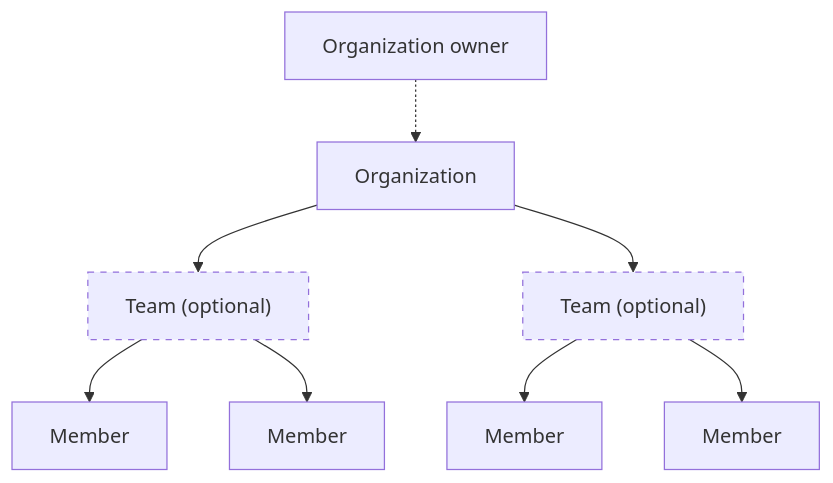
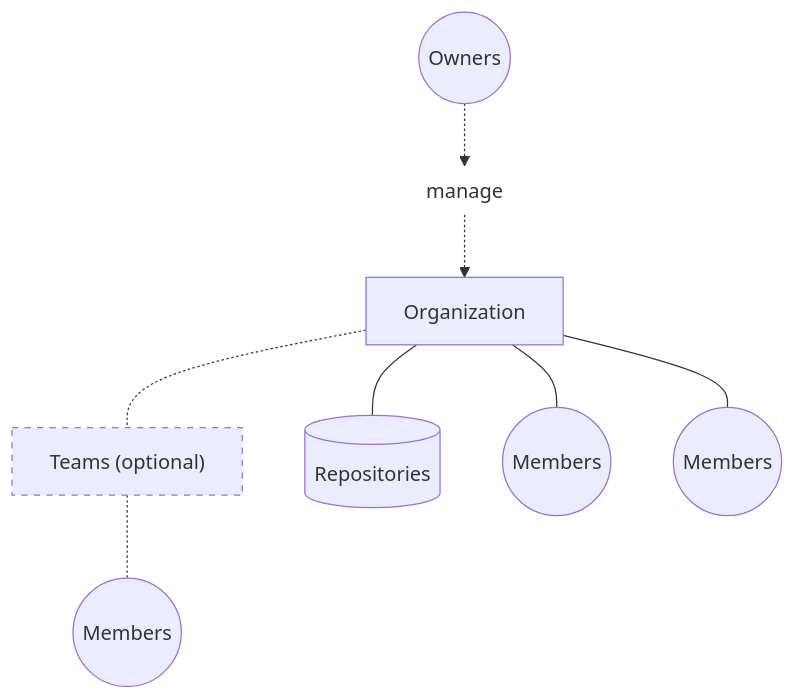
The diagram in content/manuals/accounts/organization/_index.md (docker/docs), drawn with Mermaid before and after one commit. The commit also changed other lines of this file and 1 other file, not shown here.

First line of the commit message:
docs: show owners managing orgs and companies

````diff
--- a/content/manuals/accounts/organization/_index.md
+++ b/content/manuals/accounts/organization/_index.md
@@ -52,12 +57,12 @@
 ```mermaid
 flowchart TB
-  oo[Organization owner] -.-> org[Organization]
-  org --> t1["Team (optional)"]
-  org --> t2["Team (optional)"]
-  t1 --> m1[Member]
-  t1 --> m2[Member]
-  t2 --> m3[Member]
-  t2 --> m4[Member]
+  oo((Owners)) -.-> manage@{ shape: text, label: "manage" }
+  manage -.-> org[Organization]
+  org -.- t["Teams (optional)"]
+  t -.- mt((Members))
+  org --- r[(Repositories)]
+  org --- m1((Members))
+  org --- m2((Members))
   classDef optional stroke-dasharray: 5 5
-  class t1,t2 optional
+  class t optional
 ```
````
